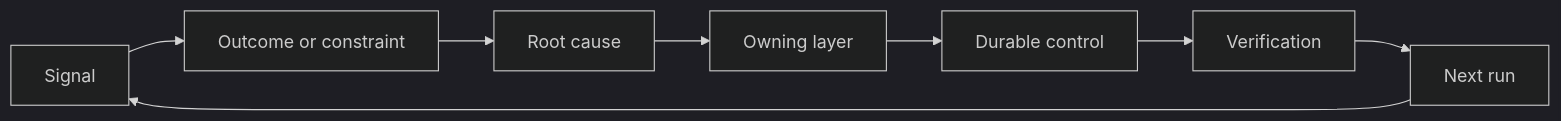
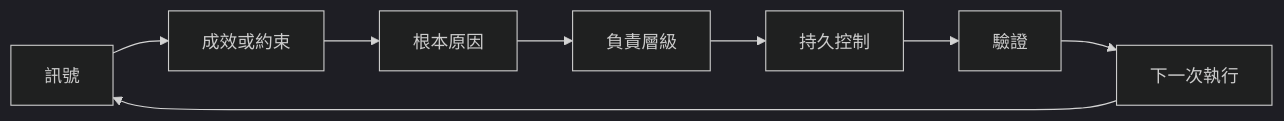
One commit to edward821220/ai-engineering-from-scratch changed the diagram in i18n/zh-TW/phases/14-agent-engineering/54-build-the-feedback-ratchet/docs/zh-TW.md. Above: the diagram before and after it, drawn with Mermaid (dark theme). The commit also changed other lines of this file and 141 other files, not shown here.

````diff
--- a/i18n/zh-TW/phases/14-agent-engineering/54-build-the-feedback-ratchet/docs/zh-TW.md
+++ b/i18n/zh-TW/phases/14-agent-engineering/54-build-the-feedback-ratchet/docs/zh-TW.md
@@ -42,10 +42,10 @@
 ```mermaid
 flowchart LR
-  S[Signal] --> O[Outcome or constraint]
-  O --> R[Root cause]
-  R --> D[Owning layer]
-  D --> C[Durable control]
-  C --> V[Verification]
-  V --> N[Next run]
+  S[訊號] --> O[成效或約束]
+  O --> R[根本原因]
+  R --> D[負責層級]
+  D --> C[持久控制]
+  C --> V[驗證]
+  V --> N[下一次執行]
   N --> S
 ```
````
